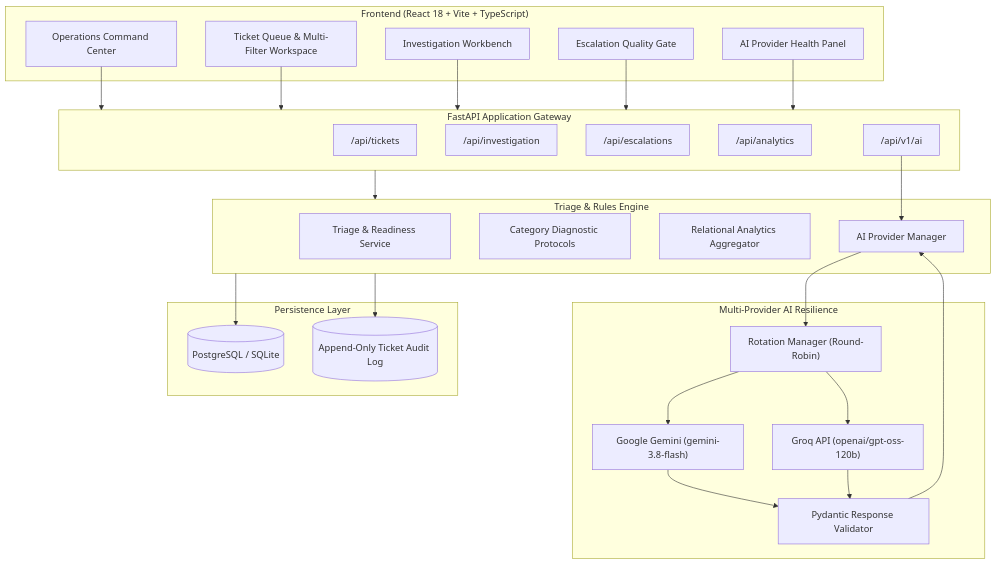
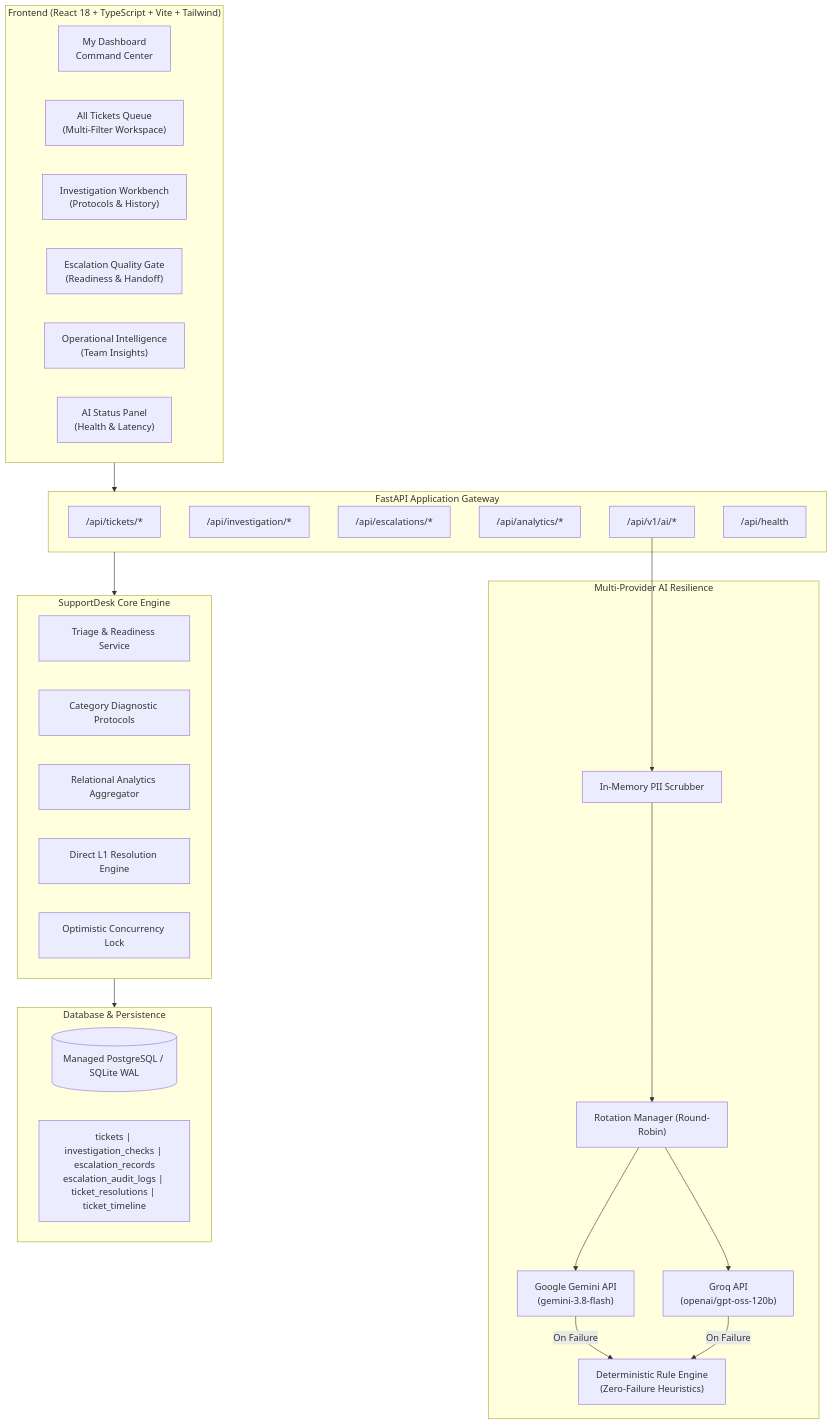
One commit to nitin-code6/SupportDesk changed the second of 2 diagrams in README.md. Above: the diagram before and after it, drawn with Mermaid. The commit also changed other lines of this file and 22 other files, not shown here.

````diff
--- a/README.md
+++ b/README.md
@@ -56,45 +80,48 @@
 ```mermaid
 flowchart TB
-    subgraph Frontend ["Frontend (React 18 + Vite + TypeScript)"]
-        Dashboard["Operations Command Center"]
-        Queue["Ticket Queue & Multi-Filter Workspace"]
-        Workbench["Investigation Workbench"]
-        Gate["Escalation Quality Gate"]
-        Observability["AI Provider Health Panel"]
+    subgraph FrontendApp ["Frontend (React 18 + TypeScript + Vite + Tailwind)"]
+        UI_Dash["My Dashboard\nCommand Center"]
+        UI_Queue["All Tickets Queue\n(Multi-Filter Workspace)"]
+        UI_Work["Investigation Workbench\n(Protocols & History)"]
+        UI_Gate["Escalation Quality Gate\n(Readiness & Handoff)"]
+        UI_Intel["Operational Intelligence\n(Team Insights)"]
+        UI_AI["AI Status Panel\n(Health & Latency)"]
     end
 
-    subgraph BackendGateway ["FastAPI Application Gateway"]
-        APITickets["/api/tickets"]
-        APIWorkbench["/api/investigation"]
-        APIGate["/api/escalations"]
-        APIAnalytics["/api/analytics"]
-        APIAI["/api/v1/ai"]
+    subgraph APIGateway ["FastAPI Application Gateway"]
+        API_Tickets["/api/tickets/*"]
+        API_Invest["/api/investigation/*"]
+        API_Esc["/api/escalations/*"]
+        API_Analytics["/api/analytics/*"]
+        API_AI["/api/v1/ai/*"]
+        API_Health["/api/health"]
     end
 
-    subgraph CoreEngine ["Triage & Rules Engine"]
-        TriageService["Triage & Readiness Service"]
-        DiagRules["Category Diagnostic Protocols"]
-        AnalyticsAgg["Relational Analytics Aggregator"]
-        AIManager["AI Provider Manager"]
+    subgraph Engine ["SupportDesk Core Engine"]
+        Service_Triage["Triage & Readiness Service"]
+        Service_Checklist["Category Diagnostic Protocols"]
+        Service_Analytics["Relational Analytics Aggregator"]
+        Service_Resolution["Direct L1 Resolution Engine"]
+        Service_Lock["Optimistic Concurrency Lock"]
     end
 
-    subgraph AIResilience ["Multi-Provider AI Resilience"]
+    subgraph AIRouting ["Multi-Provider AI Resilience"]
+        Scrubber["In-Memory PII Scrubber"]
         Rotator["Rotation Manager (Round-Robin)"]
-        Gemini["Google Gemini (gemini-3.8-flash)"]
-        Groq["Groq API (openai/gpt-oss-120b)"]
-        Validator["Pydantic Response Validator"]
+        GeminiClient["Google Gemini API\n(gemini-3.8-flash)"]
+        GroqClient["Groq API\n(openai/gpt-oss-120b)"]
+        LocalHeuristics["Deterministic Rule Engine\n(Zero-Failure Heuristics)"]
     end
 
-    subgraph Database ["Persistence Layer"]
-        Postgres[(PostgreSQL / SQLite)]
-        Timeline[(Append-Only Ticket Audit Log)]
+    subgraph DataStore ["Database & Persistence"]
+        DB[(Managed PostgreSQL / SQLite WAL)]
+        Tables["tickets | investigation_checks | escalation_records\nescalation_audit_logs | ticket_resolutions | ticket_timeline"]
     end
 
-    Dashboard & Queue & Workbench & Gate & Observability --> BackendGateway
-    BackendGateway --> CoreEngine
-    APIAI --> AIManager
-    AIManager --> Rotator
-    Rotator --> Gemini & Groq
-    Gemini & Groq --> Validator --> AIManager
-    CoreEngine --> Postgres & Timeline
+    FrontendApp --> APIGateway
+    APIGateway --> Engine
+    API_AI --> Scrubber --> Rotator
+    Rotator --> GeminiClient & GroqClient
+    GeminiClient & GroqClient -->|"On Failure"| LocalHeuristics
+    Engine --> DataStore
 ```
````
